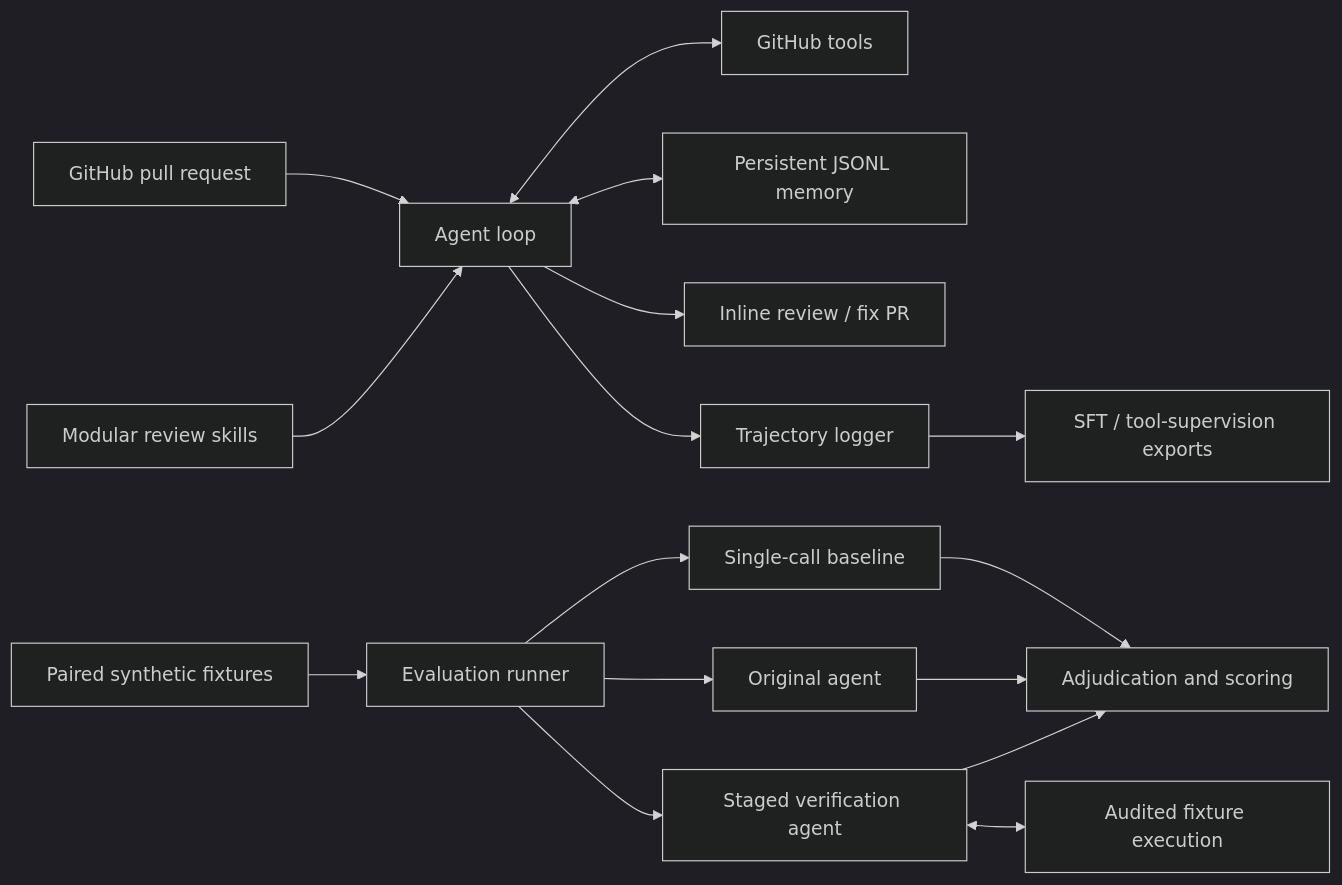
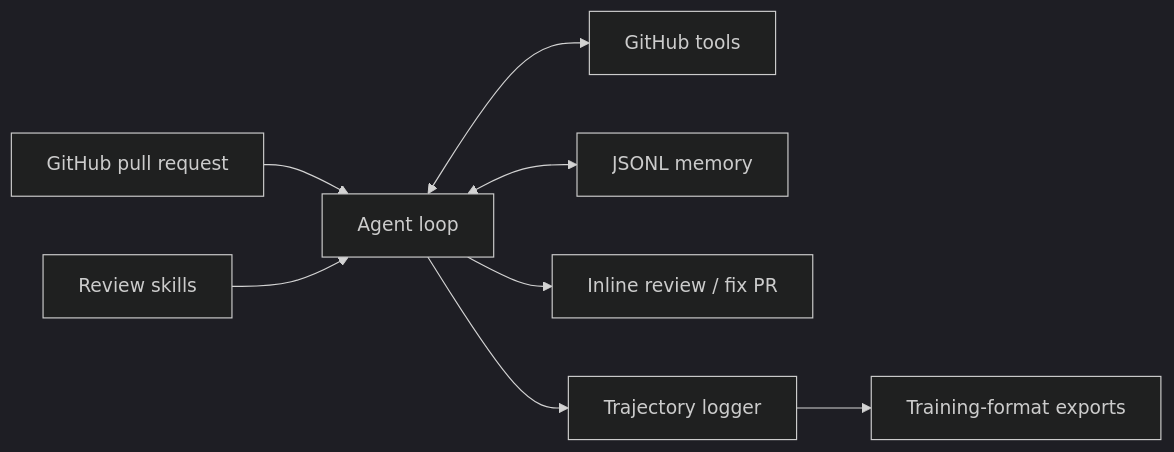
One commit to Jiongran-Wang/code_review_agent changed the diagram in README.md. Above: the diagram before and after it, drawn with Mermaid (dark theme). The commit also changed other lines of this file and 7 other files, not shown here.

````diff
--- a/README.md
+++ b/README.md
@@ -30,18 +22,10 @@
 ```mermaid
 flowchart LR
     PR[GitHub pull request] --> Agent[Agent loop]
-    Skills[Modular review skills] --> Agent
+    Skills[Review skills] --> Agent
     Agent <--> GitHub[GitHub tools]
-    Agent <--> Memory[Persistent JSONL memory]
-    Agent --> Reviews[Inline review / fix PR]
+    Agent <--> Memory[JSONL memory]
+    Agent --> Review[Inline review / fix PR]
     Agent --> Trace[Trajectory logger]
-    Trace --> Export[SFT / tool-supervision exports]
-    Fixtures[Paired synthetic fixtures] --> Eval[Evaluation runner]
-    Eval --> Base[Single-call baseline]
-    Eval --> Original[Original agent]
-    Eval --> Verified[Staged verification agent]
-    Verified <--> Execute[Audited fixture execution]
-    Base --> Score[Adjudication and scoring]
-    Original --> Score
-    Verified --> Score
+    Trace --> Export[Training-format exports]
 ```
````
